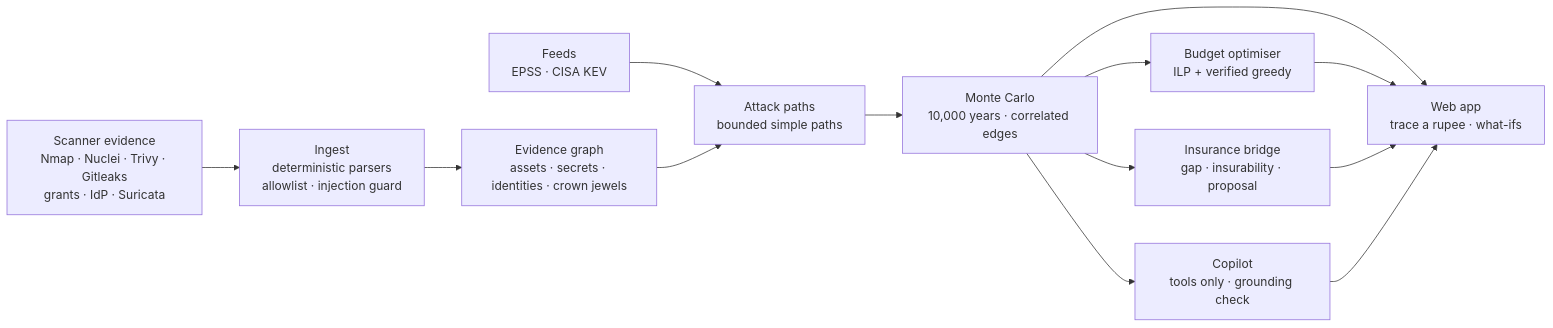
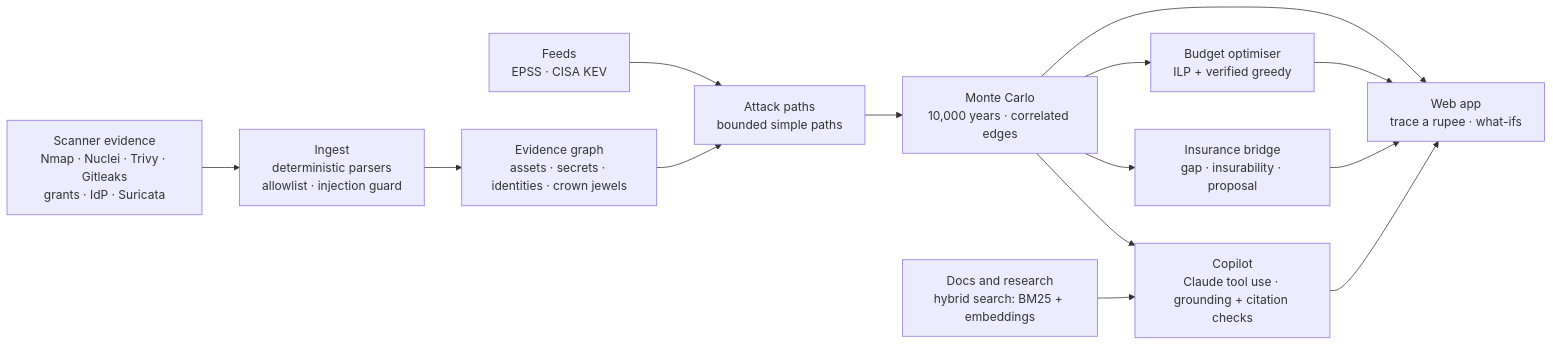
Before and after one commit to Gurjas2112/Vyuhix: the second of 2 diagrams in README.md, drawn with Mermaid. The commit also changed other lines of this file and 8 other files, not shown here.

````diff
--- a/README.md
+++ b/README.md
@@ -94,15 +238,16 @@
 ```mermaid
 flowchart LR
   EV["Scanner evidence<br/>Nmap · Nuclei · Trivy · Gitleaks<br/>grants · IdP · Suricata"] --> ING["Ingest<br/>deterministic parsers<br/>allowlist · injection guard"]
   ING --> G["Evidence graph<br/>assets · secrets · identities · crown jewels"]
   FEEDS["Feeds<br/>EPSS · CISA KEV"] --> P
   G --> P["Attack paths<br/>bounded simple paths"]
   P --> MC["Monte Carlo<br/>10,000 years · correlated edges"]
   MC --> OPT["Budget optimiser<br/>ILP + verified greedy"]
   MC --> INS["Insurance bridge<br/>gap · insurability · proposal"]
   MC --> UI["Web app<br/>trace a rupee · what-ifs"]
   OPT --> UI
   INS --> UI
-  COP["Copilot<br/>tools only · grounding check"] --> UI
+  COP["Copilot<br/>Claude tool use · grounding + citation checks"] --> UI
   MC --> COP
+  DOCS["Docs and research<br/>hybrid search: BM25 + embeddings"] --> COP
 ```
````
